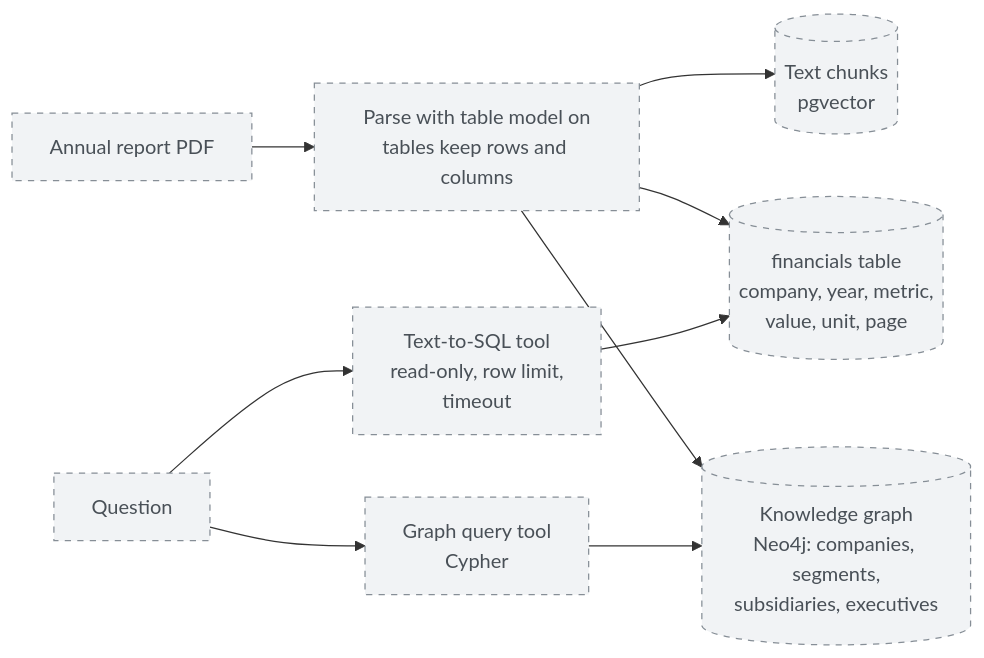
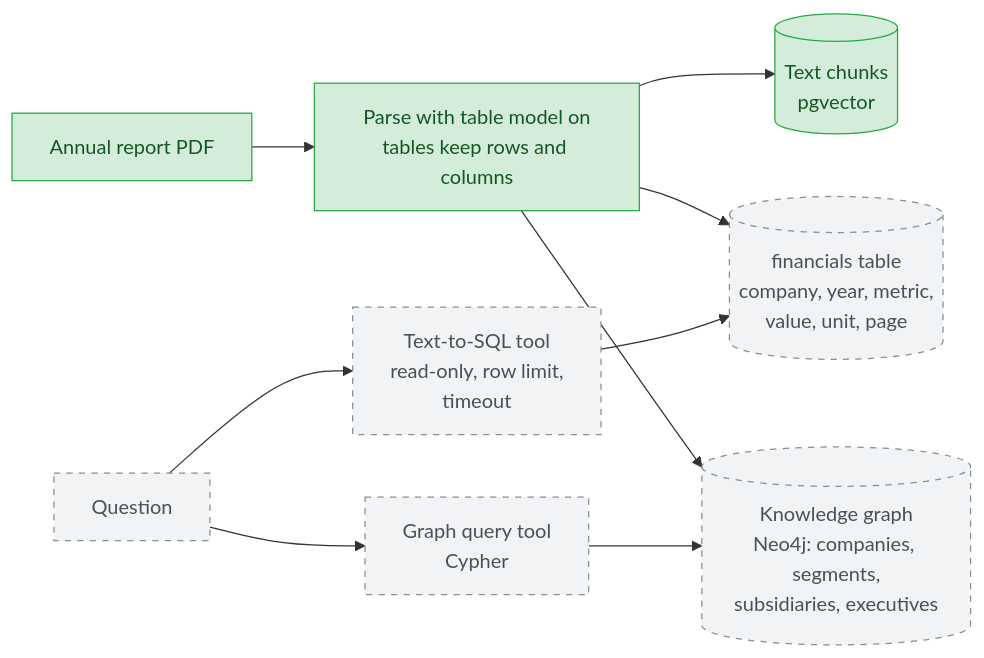
Before and after one commit to madeleine68/Reportlens: the fourth of 6 diagrams in README.md, drawn with Mermaid. The commit also changed other lines of this file and 4 other files, not shown here.

````diff
--- a/README.md
+++ b/README.md
@@ -197,14 +206,16 @@
 ```mermaid
 flowchart LR
     pdf["Annual report PDF"] --> parse["Parse with table model on<br/>tables keep rows and columns"]
     parse --> text[("Text chunks<br/>pgvector")]
     parse --> fin[("financials table<br/>company, year, metric,<br/>value, unit, page")]
     parse --> kg[("Knowledge graph<br/>Neo4j: companies, segments,<br/>subsidiaries, executives")]
     q["Question"] --> sqltool["Text-to-SQL tool<br/>read-only, row limit,<br/>timeout"]
     q --> cypher["Graph query tool<br/>Cypher"]
     sqltool --> fin
     cypher --> kg
 
     classDef planned fill:#f1f3f5,stroke:#868e96,color:#495057,stroke-dasharray: 5 5
-    class pdf,parse,text,fin,kg,q,sqltool,cypher planned
+    classDef done fill:#d4edda,stroke:#28a745,color:#155724
+    class pdf,parse,text done
+    class fin,kg,q,sqltool,cypher planned
 ```
````
